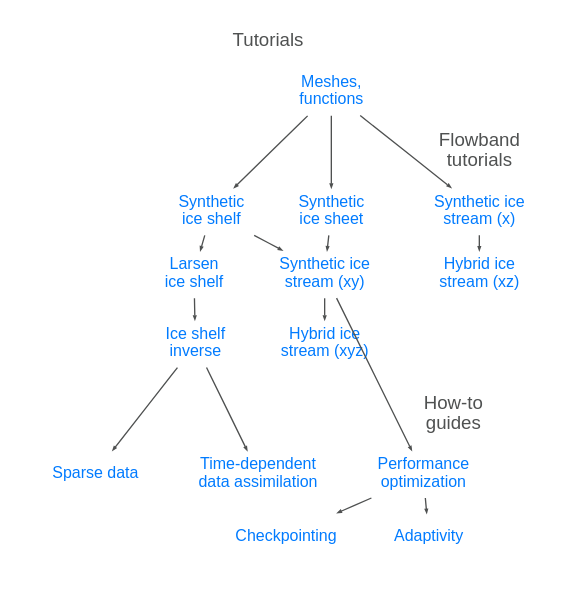
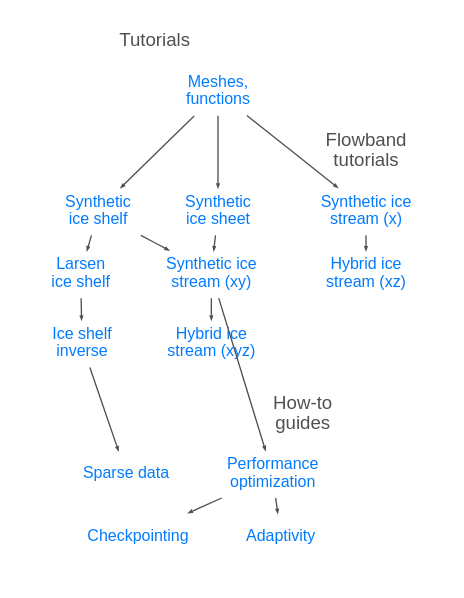
The diagram in pages/tutorials.rst (icepack/icepack.github.io), drawn with Graphviz before and after one commit.

Commit message:
Remove time-dependent DA notebook while we debug it

```diff
--- a/pages/tutorials.rst
+++ b/pages/tutorials.rst
@@ -18,62 +18,62 @@
 .. graphviz::
 
     digraph tutorials {
         node [fontname="helvetica", shape="plaintext", fontcolor="#007bff", fontsize="12"];
         edge [arrowsize=0.25, color="#4F5151"];
         ranksep=0.15;
         rankdir="TB";
         splines="false";
         mode="hier";
         layout="dot";
         //newrank="true";
 
         meshes_functions [label="Meshes,\nfunctions", href="/notebooks/tutorials/00-meshes-functions/"];
         synthetic_ice_sheet [label="Synthetic\nice sheet", href="/notebooks/tutorials/01-synthetic-ice-sheet/"];
         synthetic_ice_shelf [label="Synthetic\nice shelf", href="/notebooks/tutorials/02-synthetic-ice-shelf/"];
         larsen_ice_shelf [label="Larsen\nice shelf", href="/notebooks/tutorials/03-larsen-ice-shelf/"];
         synthetic_ice_stream_x [label="Synthetic ice\nstream (x)", href="/notebooks/tutorials/04-synthetic-ice-stream-x/"];
         synthetic_ice_stream_xy [label="Synthetic ice\nstream (xy)", href="/notebooks/tutorials/04-synthetic-ice-stream-xy/"];
         ice_shelf_inverse [label="Ice shelf\ninverse", href="/notebooks/tutorials/05-ice-shelf-inverse/"];
         hybrid_ice_stream_xz [label="Hybrid ice\nstream (xz)", href="/notebooks/tutorials/06-hybrid-ice-stream-xz/"];
         hybrid_ice_stream_xyz [label="Hybrid ice\nstream (xyz)", href="/notebooks/tutorials/06-hybrid-ice-stream-xyz/"];
 
         performance [label="Performance\noptimization", href="/notebooks/how-to/01-performance/"];
         checkpointing [label="Checkpointing", href="/notebooks/how-to/02-checkpointing/"];
         adaptivity [label="Adaptivity", href="/notebooks/how-to/03-adaptivity/"];
         sparse_data [label="Sparse data", href="/notebooks/how-to/04-sparse-data/"];
-        time_dependent_da [label="Time-dependent\ndata assimilation", href="/notebooks/how-to/05-time-dependent-inverse/"];
+        //time_dependent_da [label="Time-dependent\ndata assimilation", href="/notebooks/how-to/05-time-dependent-inverse/"];
 
         subgraph cluster_planview_tutorials {
             penwidth=0;
             fontcolor="#4F5151"
             fontname="helvetica";
             label="Tutorials";
             meshes_functions -> synthetic_ice_sheet;
             meshes_functions -> synthetic_ice_shelf -> larsen_ice_shelf -> ice_shelf_inverse;
             synthetic_ice_shelf -> synthetic_ice_stream_xy;
             synthetic_ice_sheet -> synthetic_ice_stream_xy;
             synthetic_ice_stream_xy -> hybrid_ice_stream_xyz;
         }
 
         subgraph cluster_flowband_tutorials {
             penwidth=0;
             fontcolor="#4F5151"
             fontname="helvetica";
             label="Flowband\ntutorials";
             meshes_functions -> synthetic_ice_stream_x -> hybrid_ice_stream_xz;
         }
 
         synthetic_ice_stream_xy -> performance; // [constraint=false];
 
         subgraph cluster_how_to {
             penwidth=0;
             fontcolor="#4F5151"
             fontname="helvetica";
             label="How-to\nguides";
             labeljust="r";
             performance -> checkpointing;
             performance -> adaptivity;
             ice_shelf_inverse -> sparse_data;
-            ice_shelf_inverse -> time_dependent_da;
+            //ice_shelf_inverse -> time_dependent_da;
         }
     }
```
